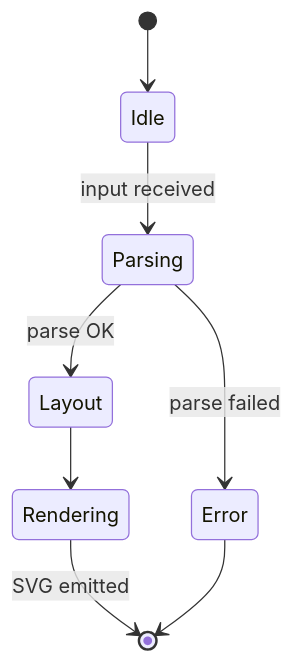
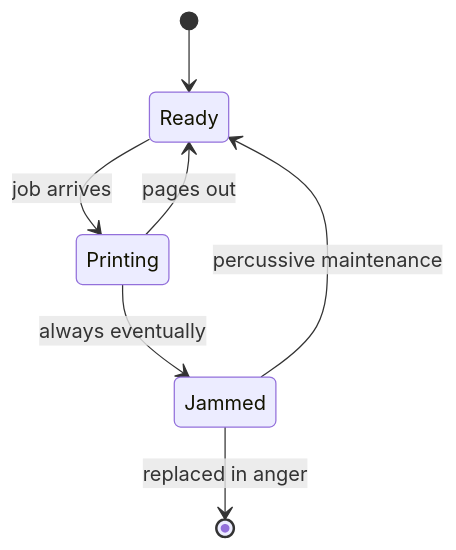
The third of 26 diagrams in tests/Mermaider.Tests/Fixtures/mermaid.md (nullean/mermaider), drawn with Mermaid before and after one commit. The commit also changed other lines of this file, not shown here.

Commit message:
Reword mermaid.md fixture prose for Mermaider; keep all diagram content intact

````diff
--- a/tests/Mermaider.Tests/Fixtures/mermaid.md
+++ b/tests/Mermaider.Tests/Fixtures/mermaid.md
@@ -42,10 +54,9 @@
 ```mermaid
 stateDiagram-v2
-    [*] --> Idle
-    Idle --> Parsing: input received
-    Parsing --> Layout: parse OK
-    Parsing --> Error: parse failed
-    Layout --> Rendering
-    Rendering --> [*]: SVG emitted
-    Error --> [*]
+    [*] --> Ready
+    Ready --> Printing: job arrives
+    Printing --> Ready: pages out
+    Printing --> Jammed: always eventually
+    Jammed --> Ready: percussive maintenance
+    Jammed --> [*]: replaced in anger
 ```
````
